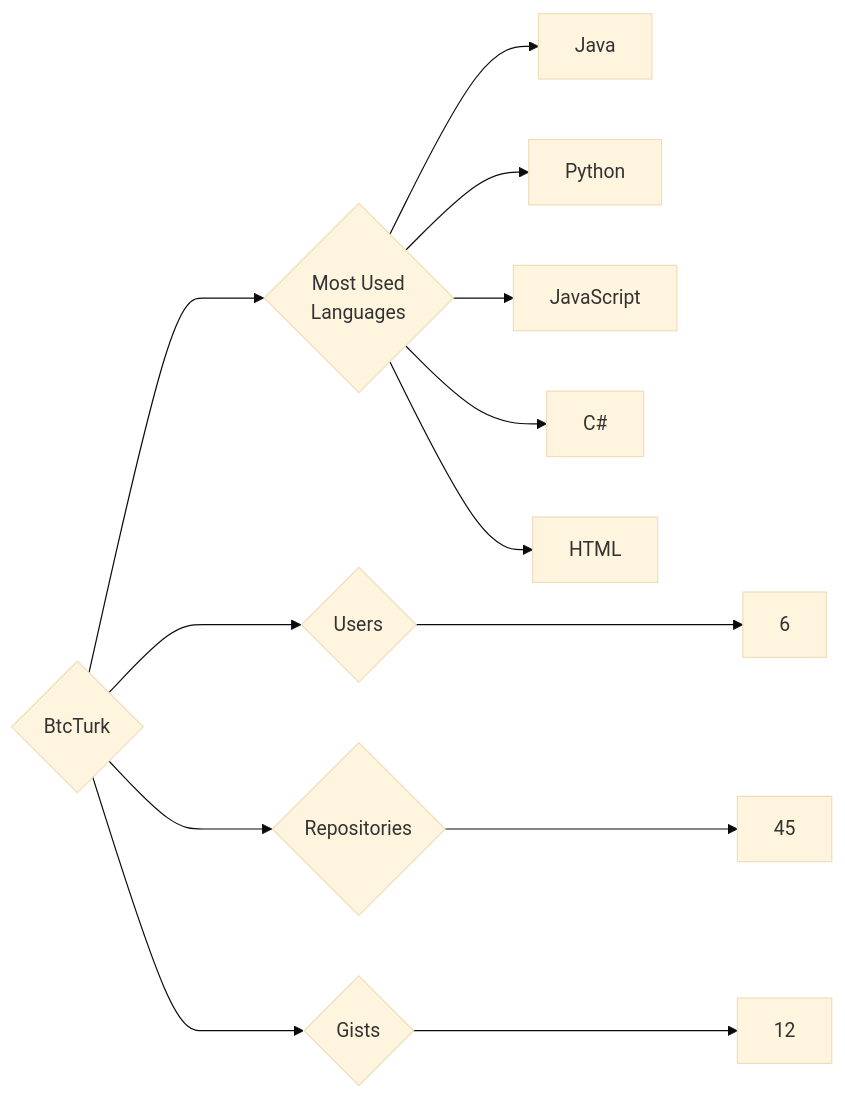
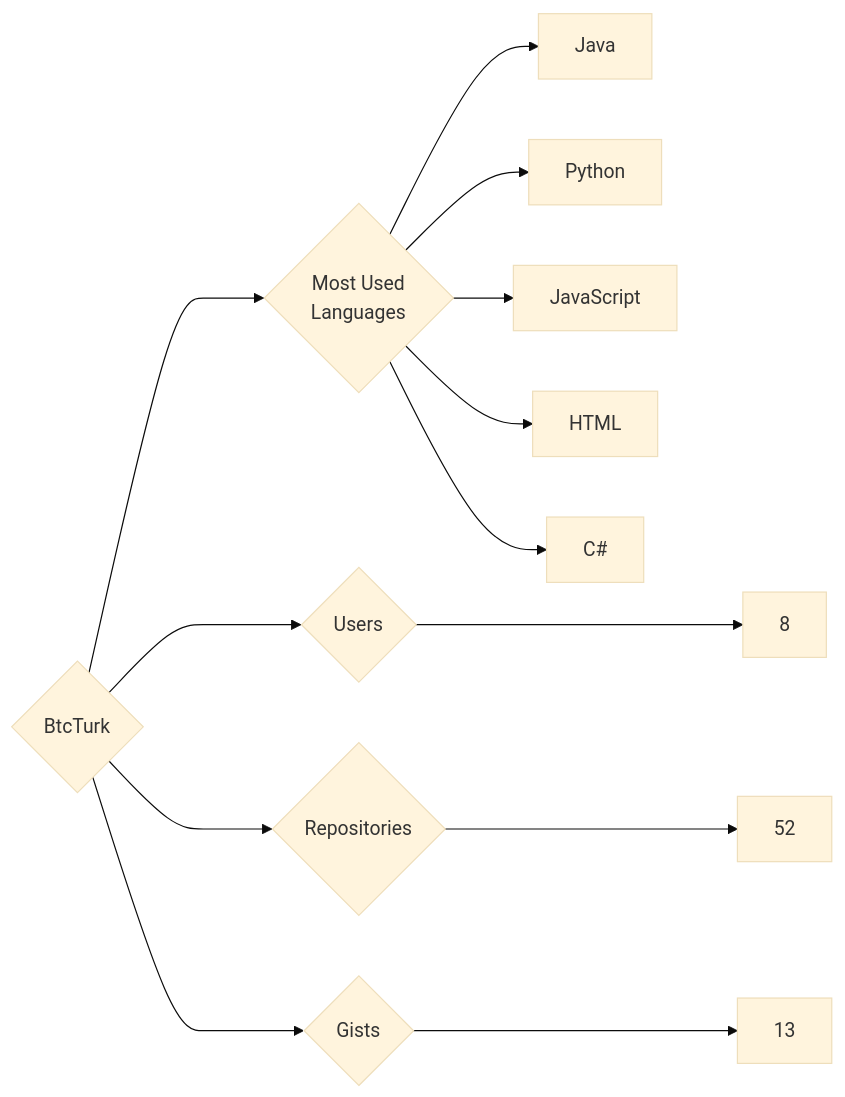
The diagram in targets/BtcTurk/README.md (trickest/insiders), drawn with Mermaid (base theme) before and after one commit. The commit also changed 1148 other files, not shown here.

````diff
--- a/targets/BtcTurk/README.md
+++ b/targets/BtcTurk/README.md
@@ -3,13 +3,13 @@
 ```mermaid
 graph LR
 COMPANY_NAME{BtcTurk}
-COMPANY_NAME ---> U{Users} ---> UN[6]
-COMPANY_NAME ---> R{Repositories} ---> RN[45]
-COMPANY_NAME ---> G{Gists} ---> GN[12]
+COMPANY_NAME ---> U{Users} ---> UN[8]
+COMPANY_NAME ---> R{Repositories} ---> RN[52]
+COMPANY_NAME ---> G{Gists} ---> GN[13]
 COMPANY_NAME ---> ML{Most Used<br>Languages}
 ML --> Java[Java]
 ML --> Python[Python]
 ML --> JavaScript[JavaScript]
+ML --> HTML[HTML]
 ML --> C#[C#]
-ML --> HTML[HTML]
 ```
````
